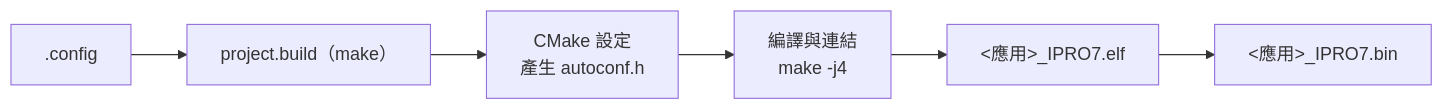
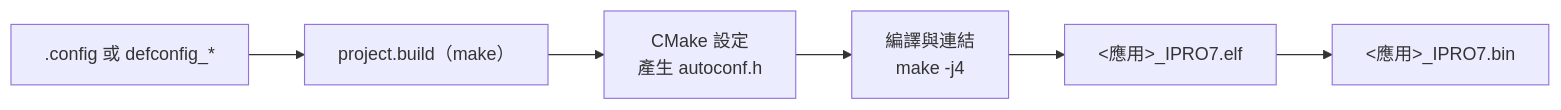
One commit to INTELPRO-INC/ipro-sdk-docs changed the diagram in docs/zh/guides/build-system.md. Above: the diagram before and after it, drawn with Mermaid. The commit also changed other lines of this file and 182 other files, not shown here.

````diff
--- a/docs/zh/guides/build-system.md
+++ b/docs/zh/guides/build-system.md
@@ -25,8 +26,8 @@
 ```mermaid
 flowchart LR
-  A[".config"] --> B["project.build（make）"]
+  A[".config 或 defconfig_*"] --> B["project.build（make）"]
   B --> C["CMake 設定<br/>產生 autoconf.h"]
   C --> D["編譯與連結<br/>make -j4"]
   D --> E["&lt;應用&gt;_IPRO7.elf"]
   E --> F["&lt;應用&gt;_IPRO7.bin"]
 ```
````
